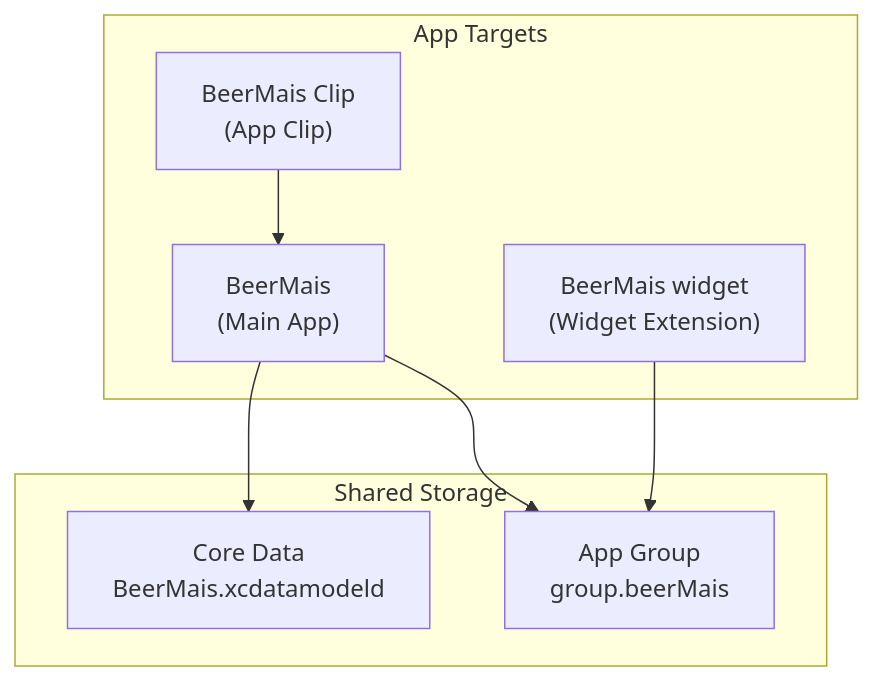
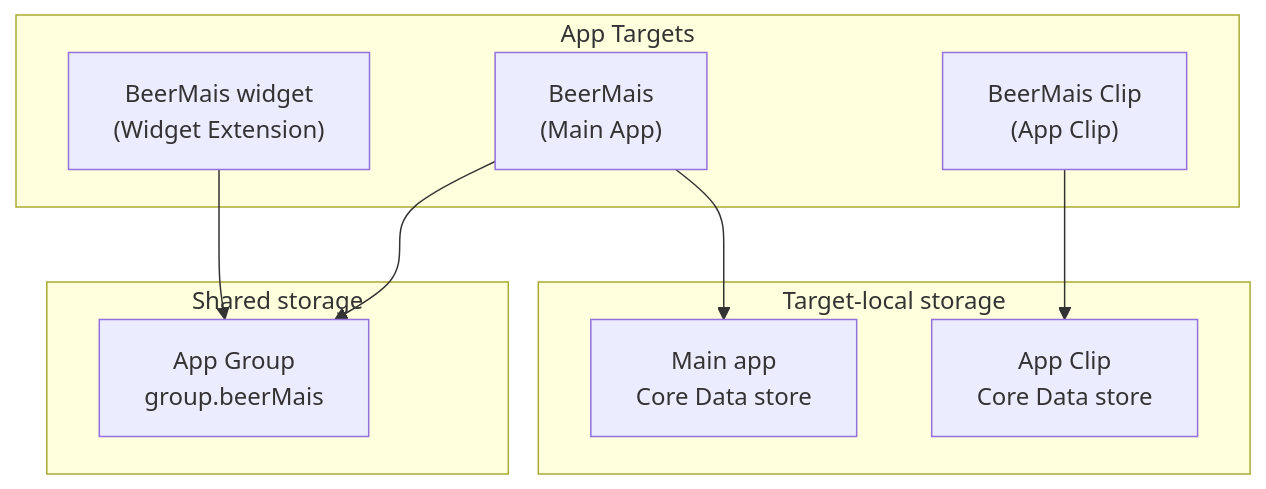
Before and after one commit to beerMais/beerMais-ios: the first of 4 diagrams in README.md, drawn with Mermaid. The commit also changed other lines of this file and 19 other files, not shown here.

````diff
--- a/README.md
+++ b/README.md
@@ -11,18 +11,22 @@
 ```mermaid
 flowchart TB
     subgraph Targets["App Targets"]
         Main["BeerMais<br/>(Main App)"]
         Widget["BeerMais widget<br/>(Widget Extension)"]
         Clip["BeerMais Clip<br/>(App Clip)"]
     end
 
-    subgraph Shared["Shared Storage"]
-        AppGroup["App Group<br/>group.beerMais"]
-        CoreData["Core Data<br/>BeerMais.xcdatamodeld"]
+    subgraph Storage["Target-local storage"]
+        MainCoreData["Main app<br/>Core Data store"]
+        ClipCoreData["App Clip<br/>Core Data store"]
     end
 
-    Main --> CoreData
+    subgraph Shared["Shared storage"]
+        AppGroup["App Group<br/>group.beerMais"]
+    end
+
+    Main --> MainCoreData
     Main --> AppGroup
     Widget --> AppGroup
-    Clip --> Main
+    Clip --> ClipCoreData
 ```
````
